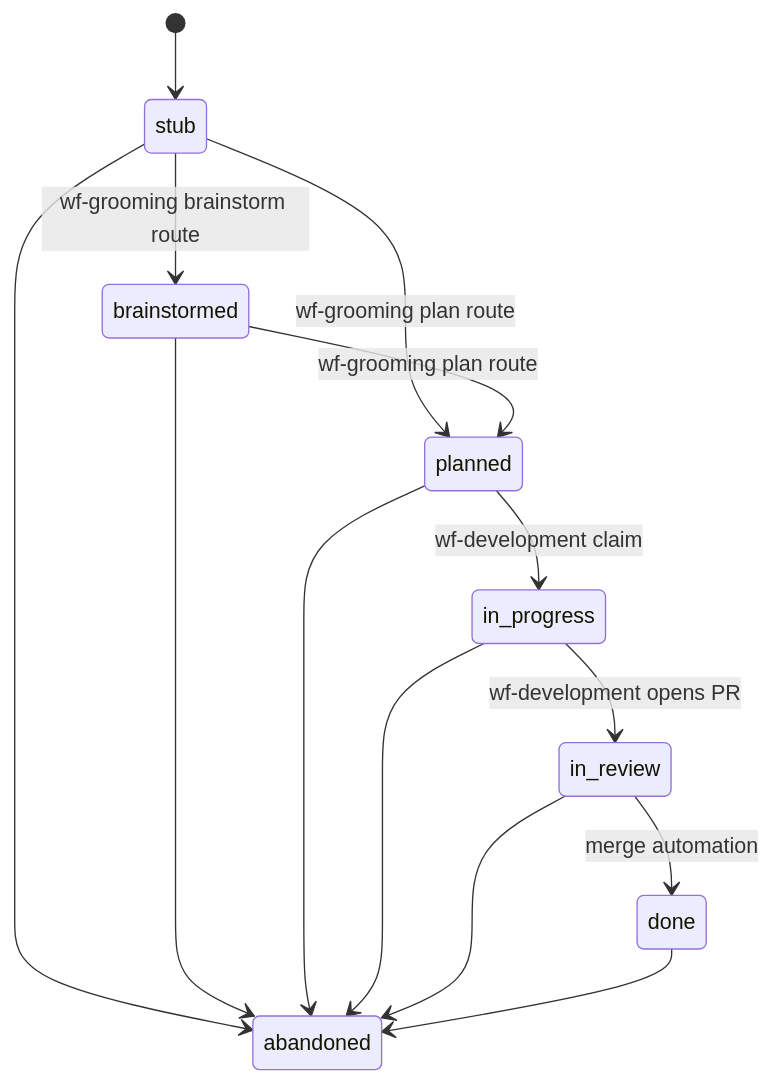
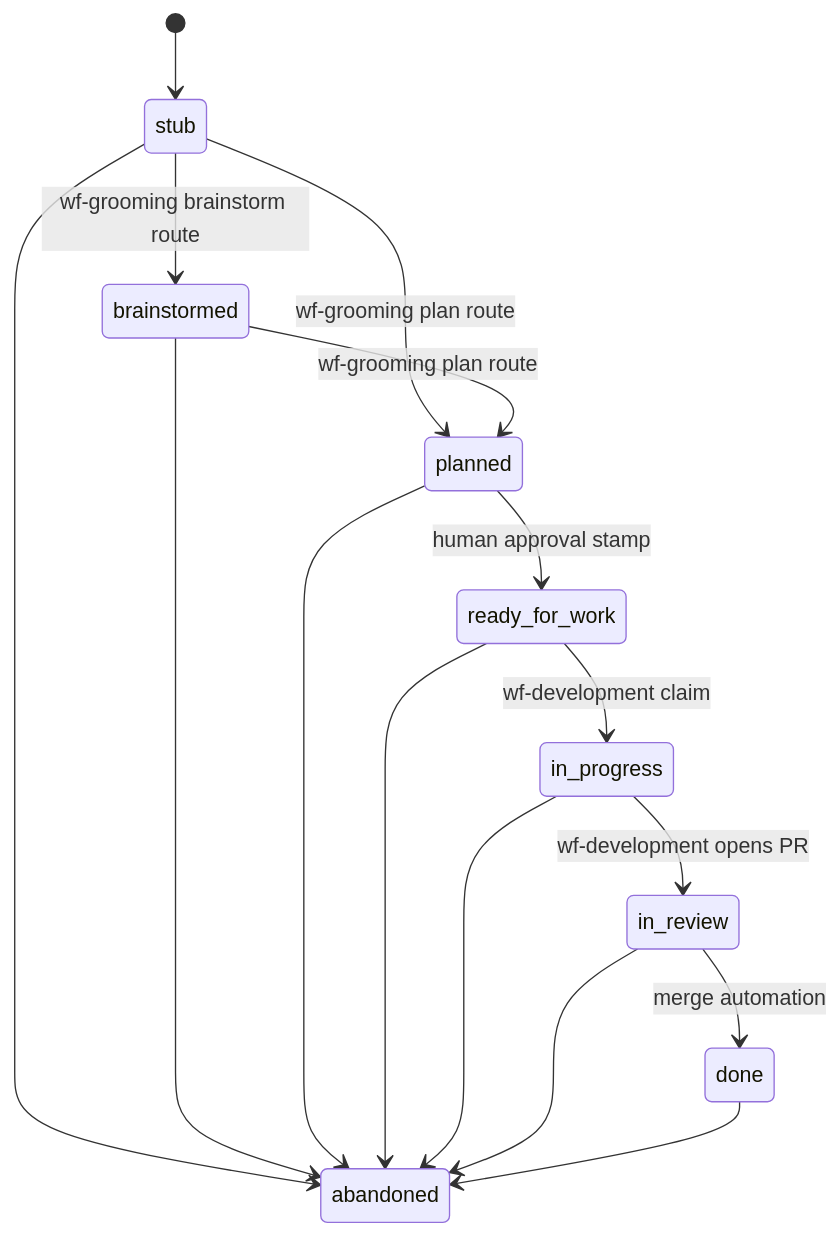
The sixth of 7 diagrams in plugins/agentic-engineering/FLOWS.md (Life-With-Data/agentic-engineering), drawn with Mermaid before and after one commit. The commit also changed other lines of this file and 23 other files, not shown here.

First line of the commit message:
feat(lifecycle)!: human approval gate — `ready_for_work` stage between grooming and work (#336)

````diff
--- a/plugins/agentic-engineering/FLOWS.md
+++ b/plugins/agentic-engineering/FLOWS.md
@@ -98,17 +98,19 @@
 ```mermaid
 stateDiagram-v2
     [*] --> stub
     stub --> brainstormed: wf-grooming brainstorm route
     stub --> planned: wf-grooming plan route
     brainstormed --> planned: wf-grooming plan route
-    planned --> in_progress: wf-development claim
+    planned --> ready_for_work: human approval stamp
+    ready_for_work --> in_progress: wf-development claim
     in_progress --> in_review: wf-development opens PR
     in_review --> done: merge automation
 
     stub --> abandoned
     brainstormed --> abandoned
     planned --> abandoned
+    ready_for_work --> abandoned
     in_progress --> abandoned
     in_review --> abandoned
     done --> abandoned
 ```
````
